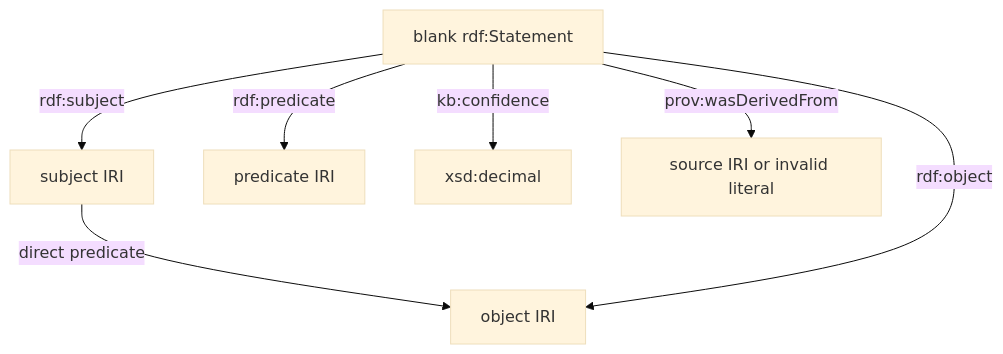
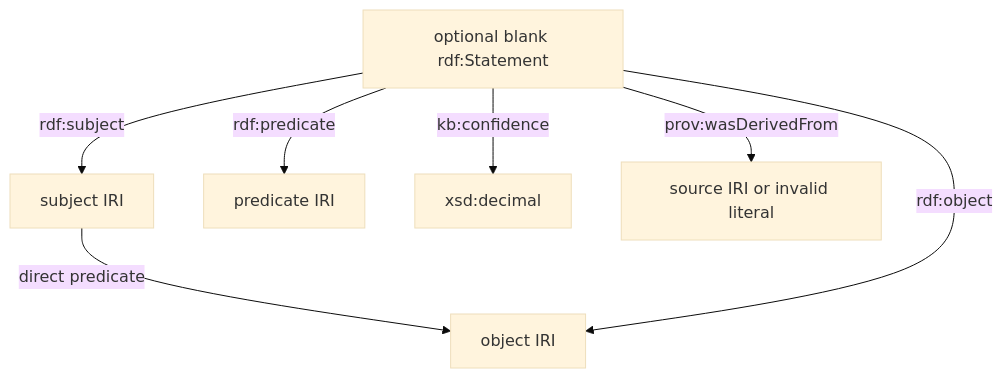
One commit to managedcode/markdown-ld-kb changed the second of 2 diagrams in docs/Features/GraphShaclValidation.md. Above: the diagram before and after it, drawn with Mermaid (base theme). The commit also changed other lines of this file and 13 other files, not shown here.

````diff
--- a/docs/Features/GraphShaclValidation.md
+++ b/docs/Features/GraphShaclValidation.md
@@ -41,9 +42,9 @@
 ```mermaid
 flowchart TB
     Subject["subject IRI"] -->|"direct predicate"| Object["object IRI"]
-    Statement["blank rdf:Statement"] -->|"rdf:subject"| Subject
+    Statement["optional blank rdf:Statement"] -->|"rdf:subject"| Subject
     Statement -->|"rdf:predicate"| Predicate["predicate IRI"]
     Statement -->|"rdf:object"| Object
     Statement -->|"kb:confidence"| Confidence["xsd:decimal"]
     Statement -->|"prov:wasDerivedFrom"| Source["source IRI or invalid literal"]
 ```
````
